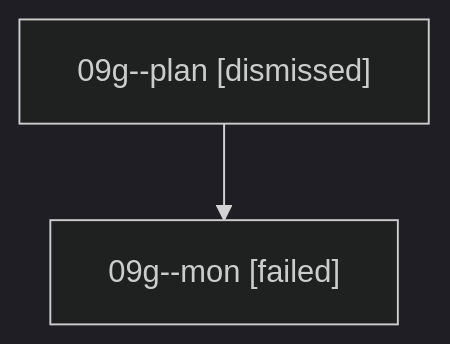
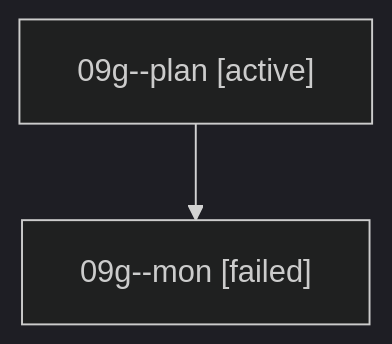
Before and after one commit to sase-org/sase--agents: the diagram in families/bbugyi200.athena.09g.md, drawn with Mermaid (dark theme). The commit also changed other lines of this file and 35830 other files, not shown here.

````diff
--- a/families/bbugyi200.athena.09g.md
+++ b/families/bbugyi200.athena.09g.md
@@ -9,6 +9,6 @@
 ```mermaid
 flowchart TD
-  n0["09g--plan [dismissed]"]
+  n0["09g--plan [active]"]
   n1["09g--mon [failed]"]
   n0 --> n1
 ```
````
